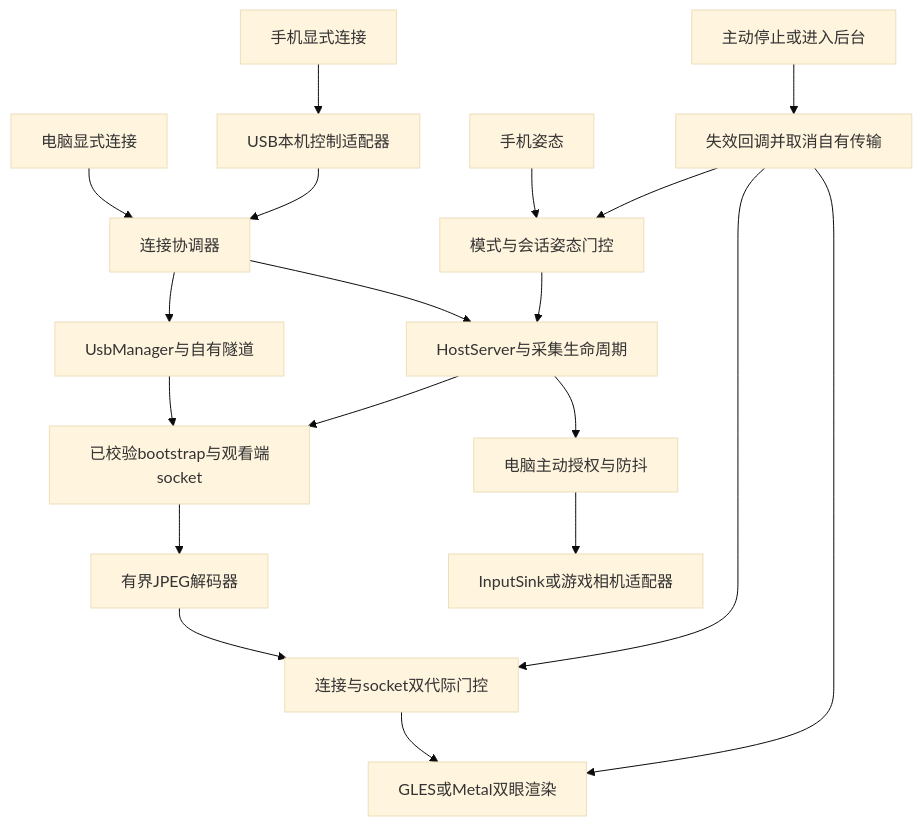
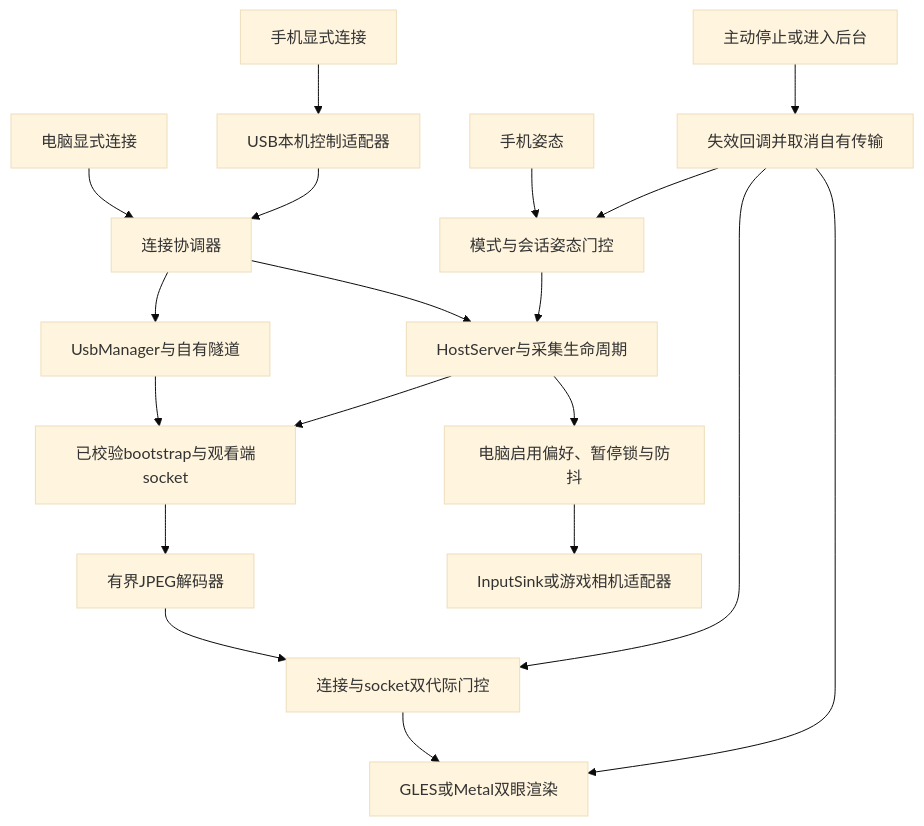
One commit to LexZeon/VRization changed the second of 2 diagrams in AI_HANDOFF.md. Above: the diagram before and after it, drawn with Mermaid (base theme). The commit also changed other lines of this file and 45 other files, not shown here.

````diff
--- a/AI_HANDOFF.md
+++ b/AI_HANDOFF.md
@@ -187,21 +187,21 @@
 ```mermaid
 flowchart TD
     PC[电脑显式连接] --> Coordinator[连接协调器]
     Phone[手机显式连接] --> Control[USB本机控制适配器]
     Control --> Coordinator
     Coordinator --> Host[HostServer与采集生命周期]
     Coordinator --> USB[UsbManager与自有隧道]
     USB --> Bootstrap[已校验bootstrap与观看端socket]
     Host --> Bootstrap
     Bootstrap --> Decoder[有界JPEG解码器]
     Decoder --> Gate[连接与socket双代际门控]
     Gate --> Renderer[GLES或Metal双眼渲染]
     Sensors[手机姿态] --> PoseGate[模式与会话姿态门控]
     PoseGate --> Host
-    Host --> Authorized[电脑主动授权与防抖]
+    Host --> Authorized[电脑启用偏好、暂停锁与防抖]
     Authorized --> Sink[InputSink或游戏相机适配器]
     Stop[主动停止或进入后台] --> Invalidate[失效回调并取消自有传输]
     Invalidate --> Gate
     Invalidate --> Renderer
     Invalidate --> PoseGate
 ```
````
